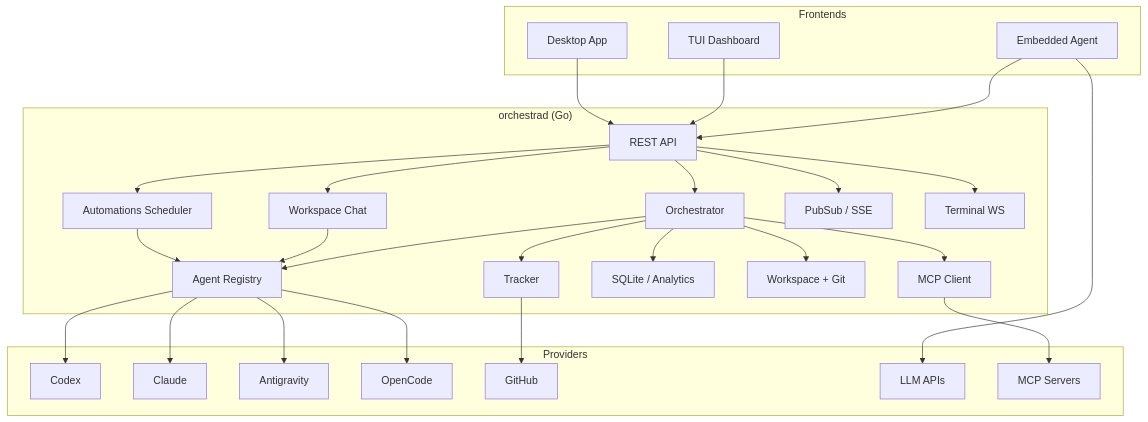
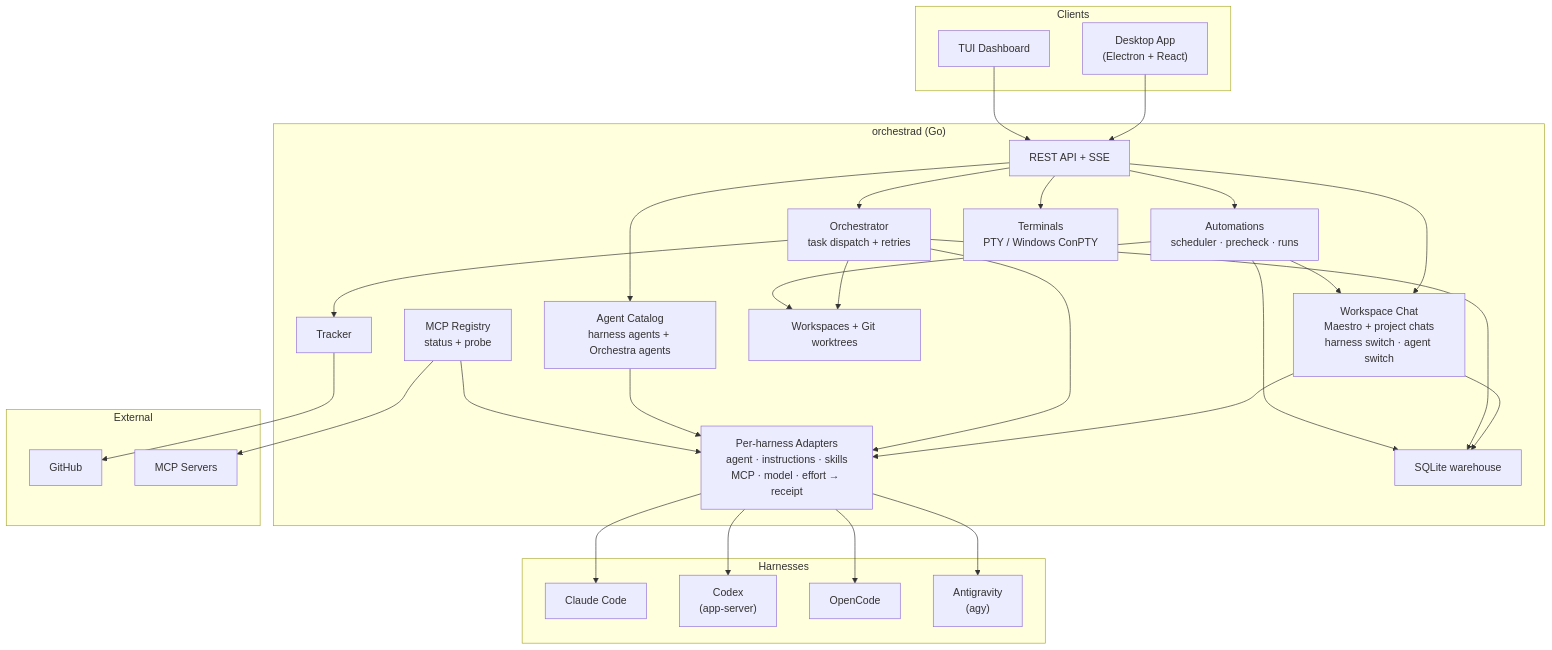
The diagram in README.md (Traves-Theberge/Orchestra), drawn with Mermaid before and after one commit. The commit also changed 18 other files, not shown here.

First line of the commit message:
feat(desktop): unified tab strip, agent dropdown, single + menu, no sidebar split

````diff
--- a/README.md
+++ b/README.md
@@ -198,55 +198,58 @@
 ```mermaid
 graph TB
-    subgraph Frontends
-        DESKTOP["Desktop App"]
+    subgraph Clients
+        DESKTOP["Desktop App<br/>(Electron + React)"]
         TUI["TUI Dashboard"]
-        AGENT["Embedded Agent"]
     end
 
     subgraph Backend["orchestrad (Go)"]
-        API["REST API"]
-        ORCH["Orchestrator"]
-        AUTO["Automations Scheduler"]
-        CHAT["Workspace Chat"]
-        PUB["PubSub / SSE"]
-        REG["Agent Registry"]
+        API["REST API + SSE"]
+        CHAT["Workspace Chat<br/>Maestro + project chats<br/>harness switch · agent switch"]
+        ORCH["Orchestrator<br/>task dispatch + retries"]
+        AUTO["Automations<br/>scheduler · precheck · runs"]
+        CATALOG["Agent Catalog<br/>harness agents + Orchestra agents"]
+        ADAPT["Per-harness Adapters<br/>agent · instructions · skills<br/>MCP · model · effort → receipt"]
+        MCP["MCP Registry<br/>status + probe"]
+        TERM["Terminals<br/>PTY / Windows ConPTY"]
+        WS["Workspaces + Git worktrees"]
         TRACKER["Tracker"]
-        DB["SQLite / Analytics"]
-        WS["Workspace + Git"]
-        TERM["Terminal WS"]
-        MCP["MCP Client"]
+        DB["SQLite warehouse"]
     end
 
-    subgraph Providers
-        CODEX["Codex"]
-        CLAUDE["Claude"]
-        ANTIGRAVITY["Antigravity"]
+    subgraph Harnesses
+        CLAUDE["Claude Code"]
+        CODEX["Codex<br/>(app-server)"]
         OPENCODE["OpenCode"]
+        AGY["Antigravity<br/>(agy)"]
+    end
+
+    subgraph External
         GH["GitHub"]
-        LLM["LLM APIs"]
         MCP_SRV["MCP Servers"]
     end
 
     DESKTOP --> API
     TUI --> API
-    AGENT --> API
+    API --> CHAT
     API --> ORCH
-    API --> PUB
+    API --> AUTO
+    API --> CATALOG
     API --> TERM
-    API --> AUTO
-    API --> CHAT
-    AUTO --> REG
-    CHAT --> REG
-    ORCH --> REG
+    AUTO --> CHAT
+    CHAT --> ADAPT
+    ORCH --> ADAPT
+    CATALOG --> ADAPT
+    MCP --> ADAPT
+    ADAPT --> CLAUDE
+    ADAPT --> CODEX
+    ADAPT --> OPENCODE
+    ADAPT --> AGY
+    ORCH --> WS
+    AUTO --> WS
     ORCH --> TRACKER
+    TRACKER --> GH
+    MCP --> MCP_SRV
+    CHAT --> DB
     ORCH --> DB
-    ORCH --> WS
-    REG --> CODEX
-    REG --> CLAUDE
-    REG --> ANTIGRAVITY
-    REG --> OPENCODE
-    TRACKER --> GH
-    AGENT --> LLM
-    ORCH --> MCP
-    MCP --> MCP_SRV
+    AUTO --> DB
 ```
````
